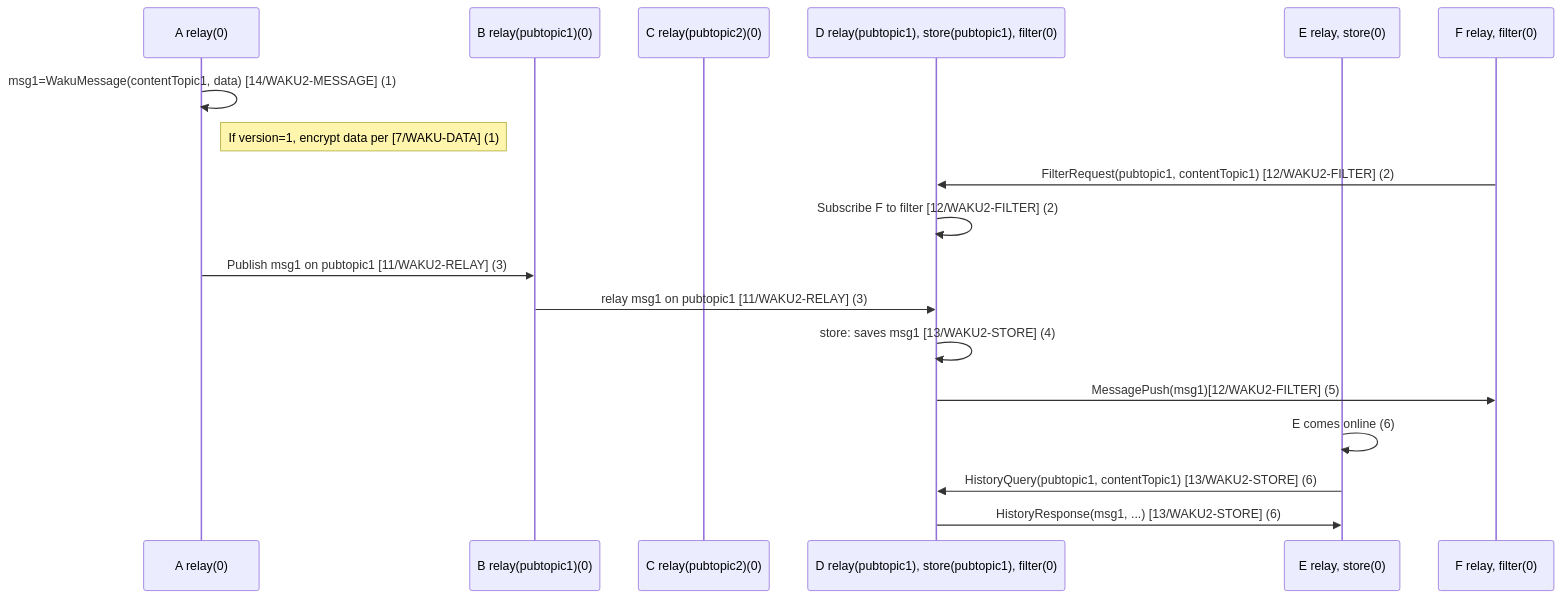
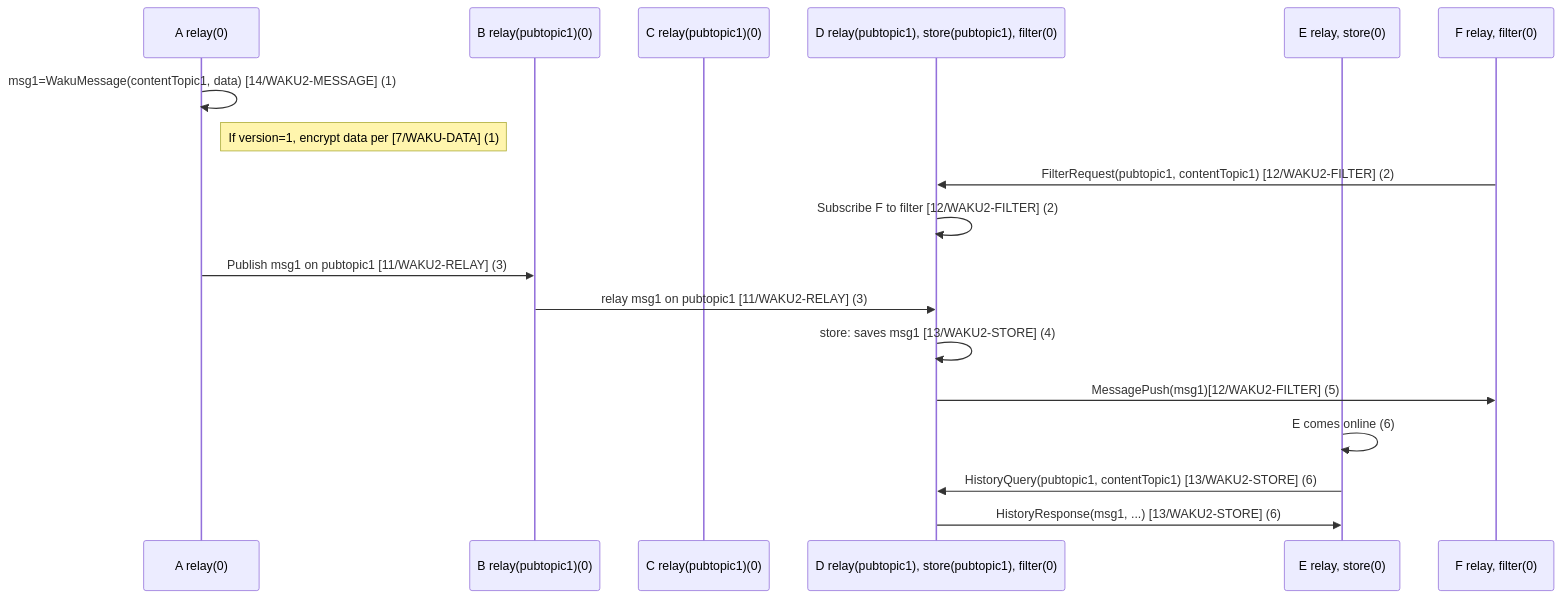
The diagram in docs/Concepts/3.md (waku-org/docs.waku.org), drawn with Mermaid before and after one commit.

````diff
--- a/docs/Concepts/3.md
+++ b/docs/Concepts/3.md
@@ -9,27 +9,27 @@
 ```mermaid
 sequenceDiagram
   participant A as A relay(0)
   participant B as B relay(pubtopic1)(0)
-  participant C as C relay(pubtopic2)(0)
+  participant C as C relay(pubtopic1)(0)
   participant D as D relay(pubtopic1), store(pubtopic1), filter(0)
   participant E as E relay, store(0)
   participant F as F relay, filter(0)
 
   A ->> A: msg1=WakuMessage(contentTopic1, data) [14/WAKU2-MESSAGE] (1)
   Note right of A: If version=1, encrypt data per [7/WAKU-DATA] (1)
 
   F ->> D: FilterRequest(pubtopic1, contentTopic1) [12/WAKU2-FILTER] (2)
   D ->> D: Subscribe F to filter [12/WAKU2-FILTER] (2)
 
   A ->> B: Publish msg1 on pubtopic1 [11/WAKU2-RELAY] (3)
   B ->> D: relay msg1 on pubtopic1 [11/WAKU2-RELAY] (3)
 
   D ->> D: store: saves msg1 [13/WAKU2-STORE] (4)
 
   D ->> F: MessagePush(msg1)[12/WAKU2-FILTER] (5)
 
   E ->> E: E comes online (6)
   E ->> D: HistoryQuery(pubtopic1, contentTopic1) [13/WAKU2-STORE] (6)
   D ->> E: HistoryResponse(msg1, ...) [13/WAKU2-STORE] (6)
 
 ```
````
